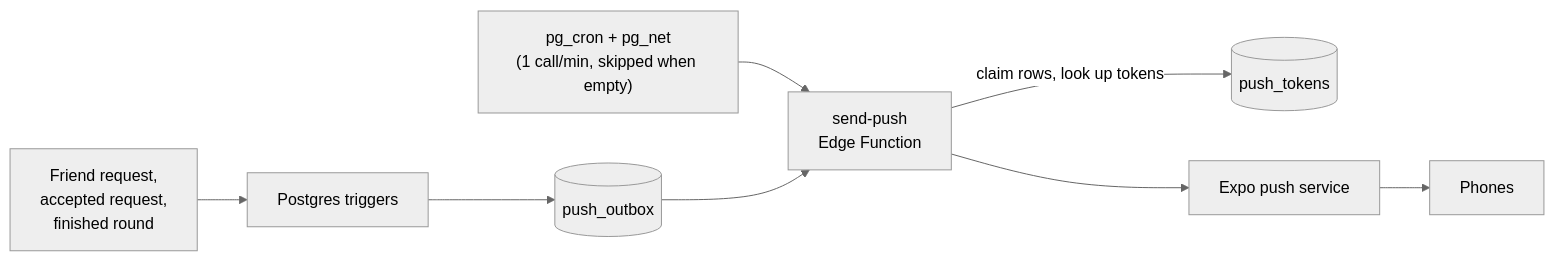
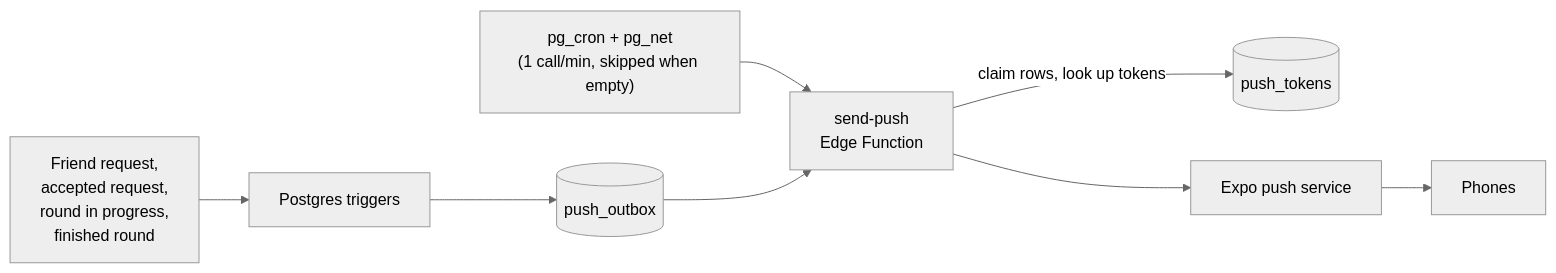
The third of 4 diagrams in docs/ARCHITECTURE.md (bsav0016/Discores), drawn with Mermaid (neutral theme) before and after one commit. The commit also changed other lines of this file and 6 other files, not shown here.

````diff
--- a/docs/ARCHITECTURE.md
+++ b/docs/ARCHITECTURE.md
@@ -93,10 +95,10 @@
 ```mermaid
 flowchart LR
-  EV["Friend request,<br/>accepted request,<br/>finished round"] --> TRG["Postgres triggers"]
+  EV["Friend request,<br/>accepted request,<br/>round in progress,<br/>finished round"] --> TRG["Postgres triggers"]
   TRG --> OUT[("push_outbox")]
   CRON["pg_cron + pg_net<br/>(1 call/min, skipped when empty)"] --> SEND["send-push<br/>Edge Function"]
   OUT --> SEND
   SEND -- "claim rows, look up tokens" --> TOK[("push_tokens")]
   SEND --> EXPO["Expo push service"]
   EXPO --> DEV["Phones"]
 ```
````
